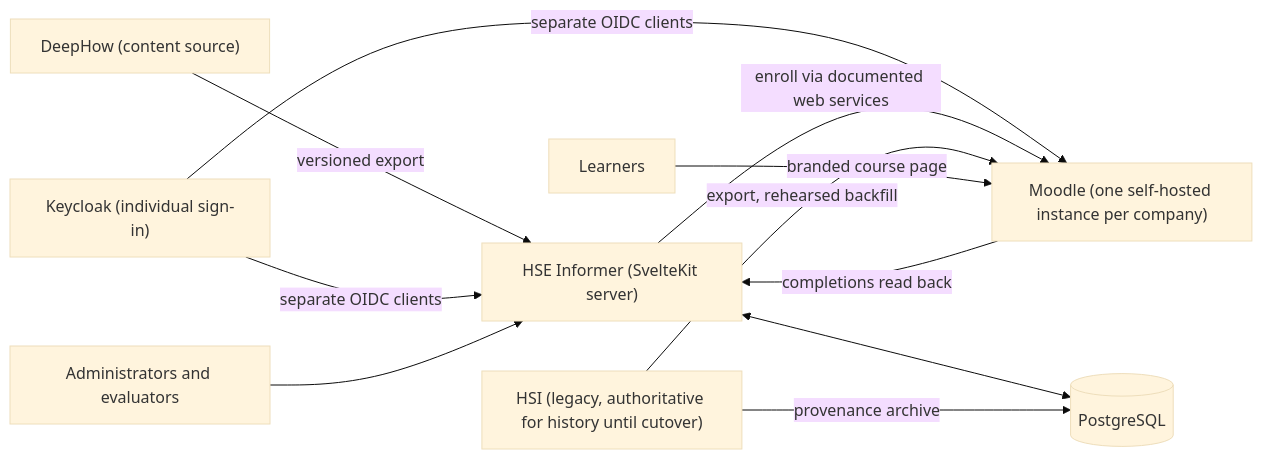
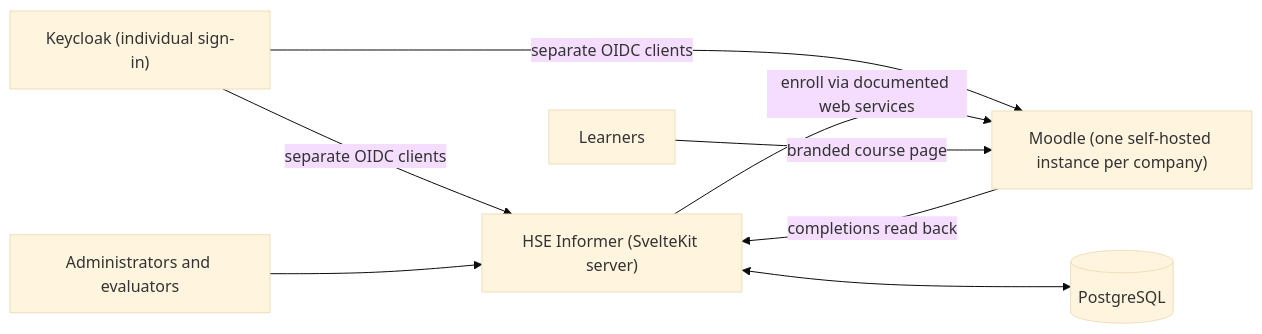
The diagram in docs/refactor-001.md (gibsondevhouse/hse-informer), drawn with Mermaid (base theme) before and after one commit. The commit also changed other lines of this file and 27 other files, not shown here.

````diff
--- a/docs/refactor-001.md
+++ b/docs/refactor-001.md
@@ -44,13 +45,10 @@
 ```mermaid
 flowchart LR
-    DH["DeepHow (content source)"] -->|"versioned export"| HSE
     KC["Keycloak (individual sign-in)"] -->|"separate OIDC clients"| HSE
     KC -->|"separate OIDC clients"| M["Moodle (one self-hosted instance per company)"]
     HSE["HSE Informer (SvelteKit server)"] -->|"enroll via documented web services"| M
     M -->|"completions read back"| HSE
     HSE <--> PG[("PostgreSQL")]
-    HSI["HSI (legacy, authoritative for history until cutover)"] -->|"export, rehearsed backfill"| M
-    HSI -->|"provenance archive"| PG
     Admin["Administrators and evaluators"] --> HSE
     Learner["Learners"] -->|"branded course page"| M
 ```
````
